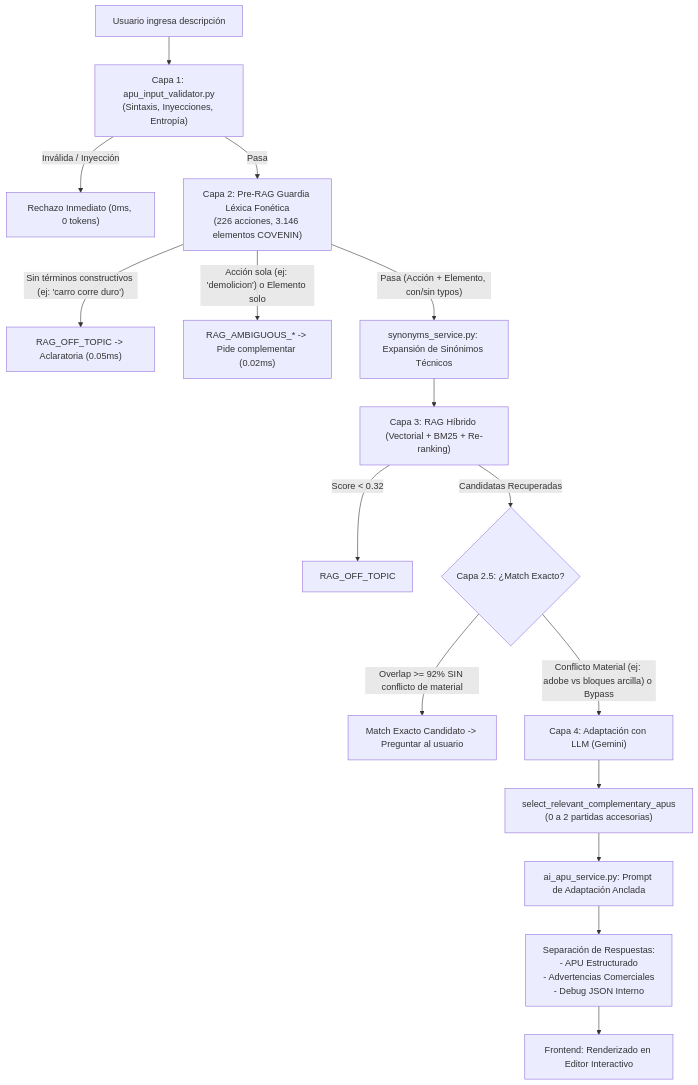
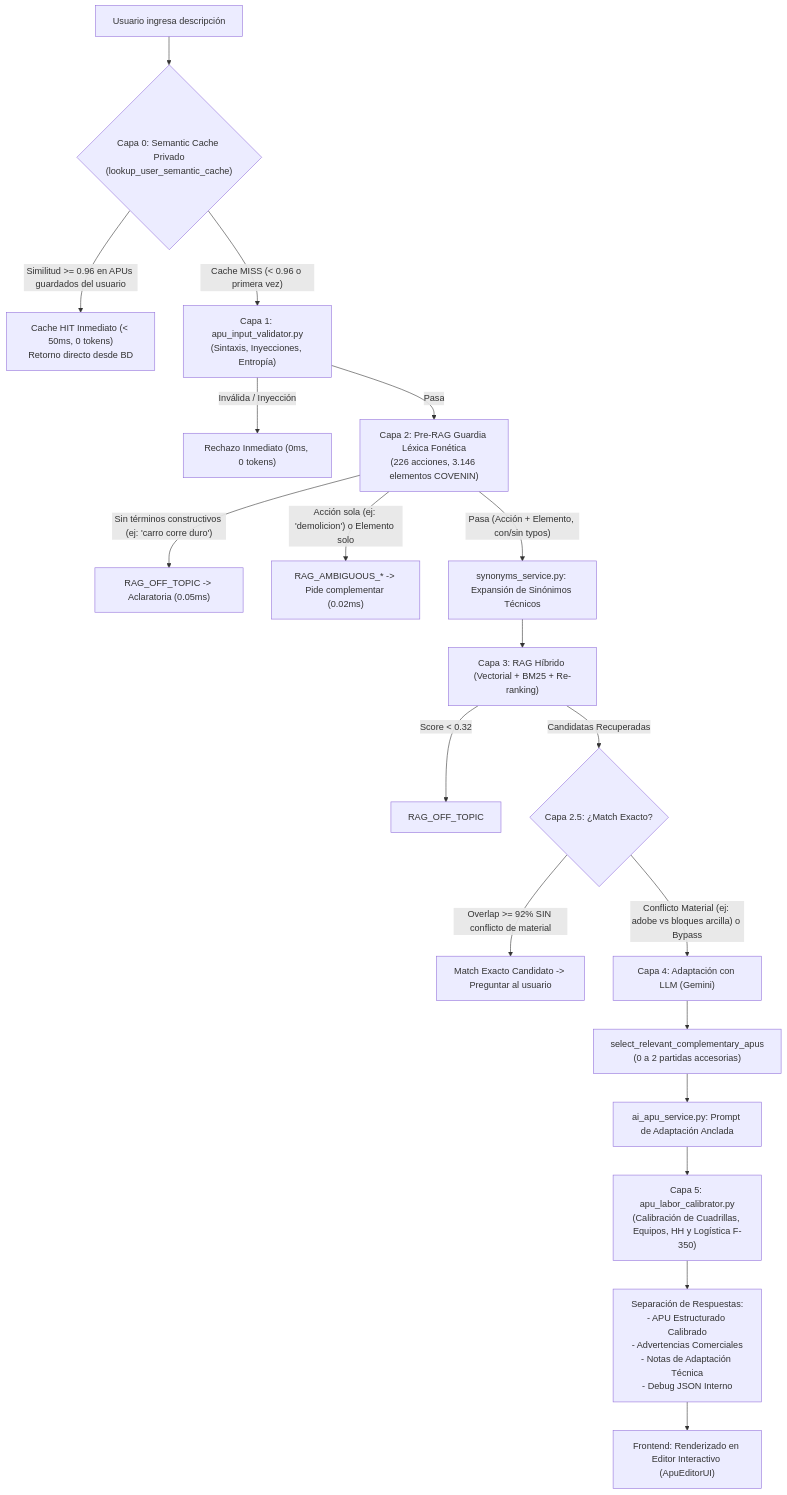
The diagram in readme/ai_apu_generator.md (gynsys/apupro), drawn with Mermaid before and after one commit. The commit also changed other lines of this file and 9 other files, not shown here.

````diff
--- a/readme/ai_apu_generator.md
+++ b/readme/ai_apu_generator.md
@@ -75,22 +101,26 @@
 ```mermaid
 flowchart TD
-    A["Usuario ingresa descripción"] --> B["Capa 1: apu_input_validator.py\n(Sintaxis, Inyecciones, Entropía)"]
+    A["Usuario ingresa descripción"] --> B0{"Capa 0: Semantic Cache Privado\n(lookup_user_semantic_cache)"}
+    B0 -- "Similitud >= 0.96 en APUs guardados del usuario" --> Z0["Cache HIT Inmediato (< 50ms, 0 tokens)\nRetorno directo desde BD"]
+    B0 -- "Cache MISS (< 0.96 o primera vez)" --> B["Capa 1: apu_input_validator.py\n(Sintaxis, Inyecciones, Entropía)"]
+    
     B -- "Inválida / Inyección" --> Z1["Rechazo Inmediato (0ms, 0 tokens)"]
     B -- "Pasa" --> C["Capa 2: Pre-RAG Guardia Léxica Fonética\n(226 acciones, 3.146 elementos COVENIN)"]
     
     C -- "Sin términos constructivos (ej: 'carro corre duro')" --> Z2["RAG_OFF_TOPIC -> Aclaratoria (0.05ms)"]
     C -- "Acción sola (ej: 'demolicion') o Elemento solo" --> Z3["RAG_AMBIGUOUS_* -> Pide complementar (0.02ms)"]
     C -- "Pasa (Acción + Elemento, con/sin typos)" --> D["synonyms_service.py: Expansión de Sinónimos Técnicos"]
     
     D --> E["Capa 3: RAG Híbrido (Vectorial + BM25 + Re-ranking)"]
     E -- "Score < 0.32" --> Z4["RAG_OFF_TOPIC"]
     E -- "Candidatas Recuperadas" --> F{"Capa 2.5: ¿Match Exacto?"}
     
     F -- "Overlap >= 92% SIN conflicto de material" --> G["Match Exacto Candidato -> Preguntar al usuario"]
     F -- "Conflicto Material (ej: adobe vs bloques arcilla) o Bypass" --> H["Capa 4: Adaptación con LLM (Gemini)"]
     
     H --> I["select_relevant_complementary_apus\n(0 a 2 partidas accesorias)"]
     I --> J["ai_apu_service.py: Prompt de Adaptación Anclada"]
-    J --> K["Separación de Respuestas:\n- APU Estructurado\n- Advertencias Comerciales\n- Debug JSON Interno"]
-    K --> L["Frontend: Renderizado en Editor Interactivo"]
+    J --> K["Capa 5: apu_labor_calibrator.py\n(Calibración de Cuadrillas, Equipos, HH y Logística F-350)"]
+    K --> L["Separación de Respuestas:\n- APU Estructurado Calibrado\n- Advertencias Comerciales\n- Notas de Adaptación Técnica\n- Debug JSON Interno"]
+    L --> M["Frontend: Renderizado en Editor Interactivo (ApuEditorUI)"]
 ```
````
